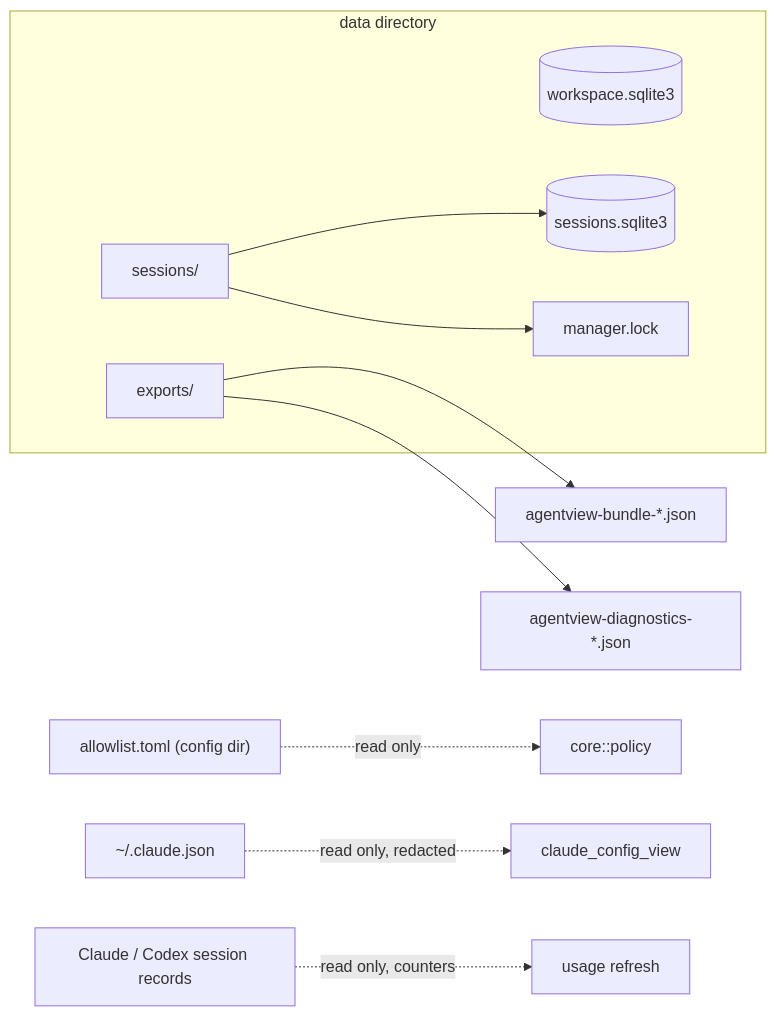
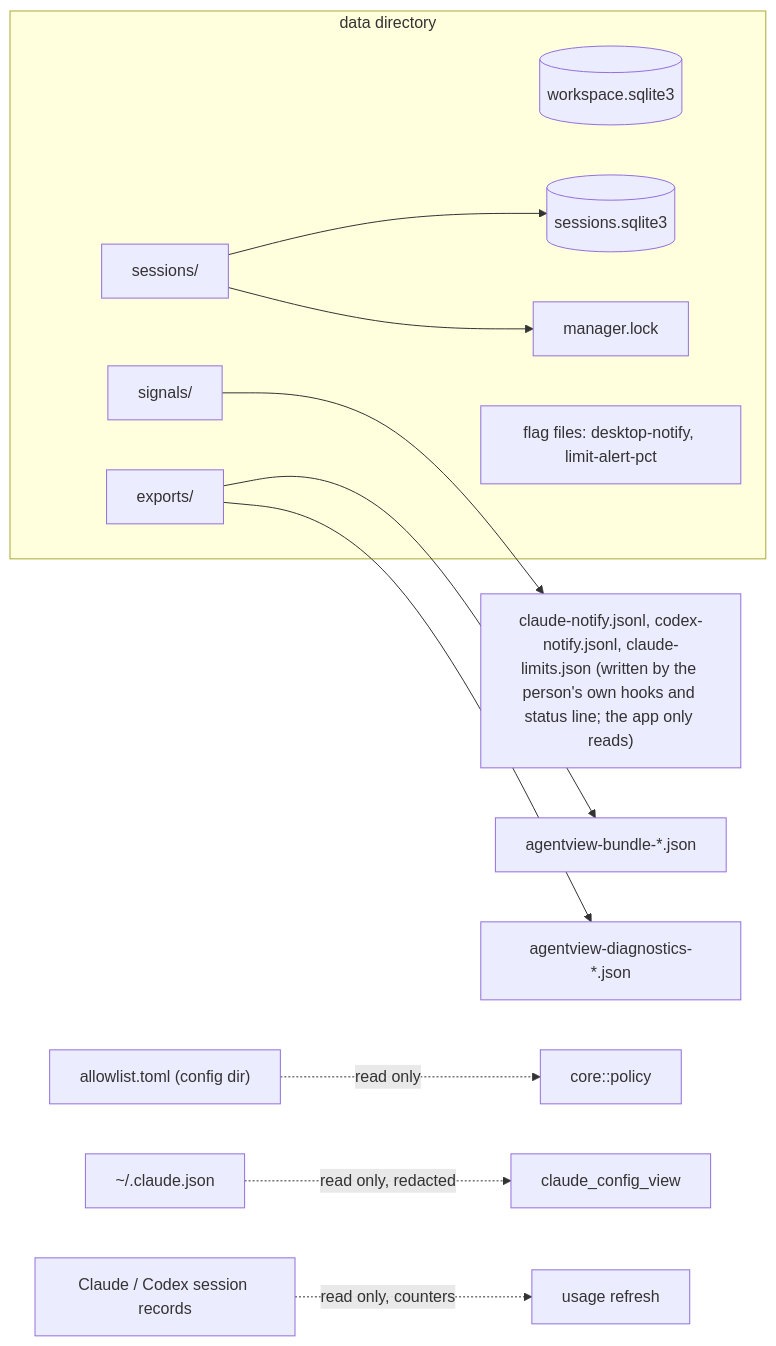
The diagram in docs/code-map/DATA.md (undecuple/agentVIEW), drawn with Mermaid before and after one commit. The commit also changed other lines of this file and 70 other files, not shown here.

````diff
--- a/docs/code-map/DATA.md
+++ b/docs/code-map/DATA.md
@@ -5,17 +5,20 @@
 ```mermaid
 flowchart LR
   subgraph D["data directory"]
     W[("workspace.sqlite3")]
     SD["sessions/"]
     S[("sessions.sqlite3")]
     L["manager.lock"]
     E["exports/"]
+    SG["signals/"]
+    FL["flag files: desktop-notify, limit-alert-pct"]
   end
   SD --> S
+  SG --> SF["claude-notify.jsonl, codex-notify.jsonl, claude-limits.json (written by the person's own hooks and status line; the app only reads)"]
   SD --> L
   E --> B["agentview-bundle-*.json"]
   E --> G["agentview-diagnostics-*.json"]
   A["allowlist.toml (config dir)"] -. "read only" .-> core["core::policy"]
   CJ["~/.claude.json"] -. "read only, redacted" .-> view["claude_config_view"]
   PR["Claude / Codex session records"] -. "read only, counters" .-> usage["usage refresh"]
 ```
````
